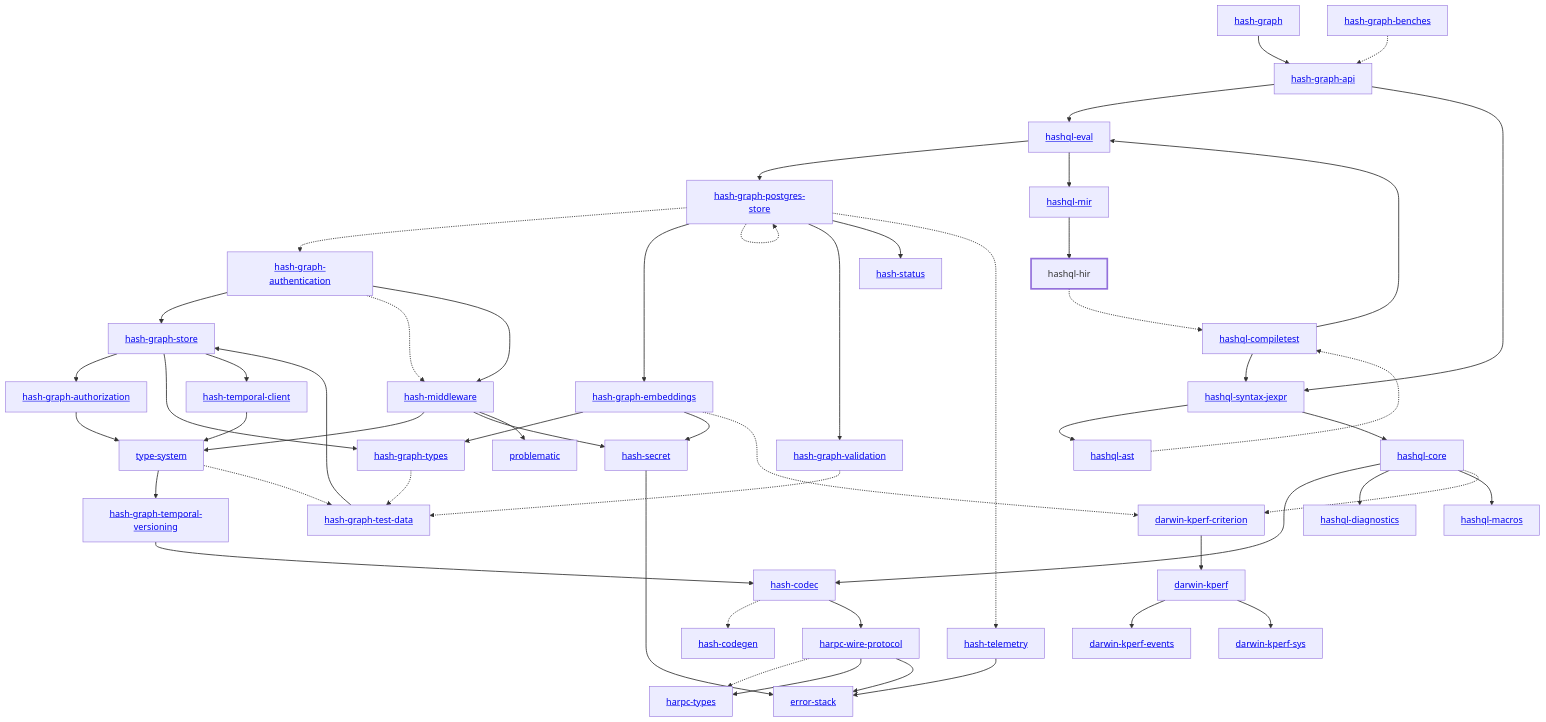
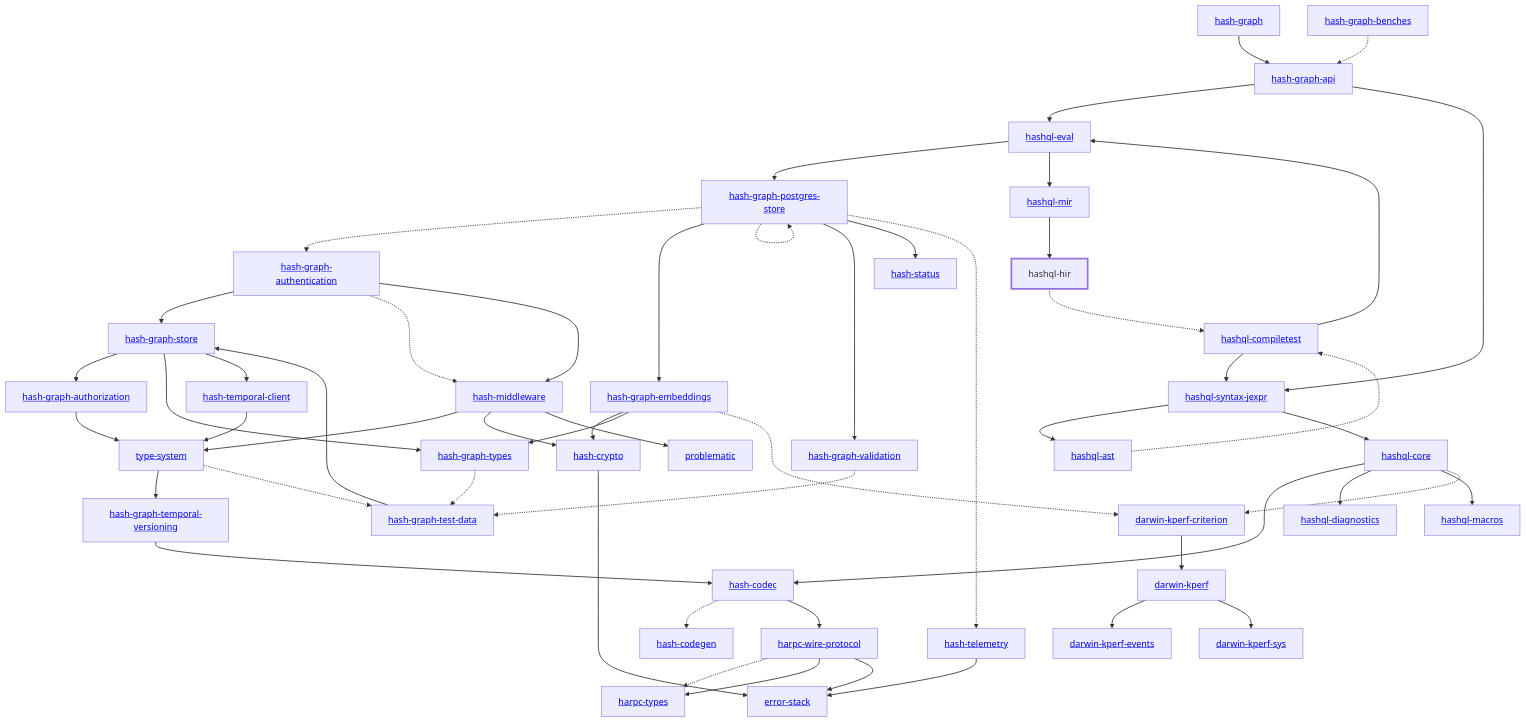
Before and after one commit to hashintel/hash: the diagram in libs/@local/hashql/hir/docs/dependency-diagram.mmd, drawn with Mermaid. The commit also changed 138 other files, not shown here.

Commit message:
Rename hash-secret to hash-crypto

```diff
--- a/libs/@local/hashql/hir/docs/dependency-diagram.mmd
+++ b/libs/@local/hashql/hir/docs/dependency-diagram.mmd
@@ -1,101 +1,101 @@
 graph TD
     linkStyle default stroke-width:1.5px
     classDef default stroke-width:1px
     classDef root stroke-width:3px
     classDef dev stroke-width:1px
     classDef build stroke-width:1px
     %% Legend
     %% --> : Normal dependency
     %% -.-> : Dev dependency
     %% ---> : Build dependency
     0[<a href="../hash_graph/index.html">hash-graph</a>]
     1[<a href="../type_system/index.html">type-system</a>]
     2[<a href="../hash_codec/index.html">hash-codec</a>]
     3[<a href="../hash_codegen/index.html">hash-codegen</a>]
-    4[<a href="../hash_graph_api/index.html">hash-graph-api</a>]
-    5[<a href="../hash_graph_authentication/index.html">hash-graph-authentication</a>]
-    6[<a href="../hash_graph_authorization/index.html">hash-graph-authorization</a>]
-    7[<a href="../hash_graph_embeddings/index.html">hash-graph-embeddings</a>]
-    8[<a href="../hash_graph_postgres_store/index.html">hash-graph-postgres-store</a>]
-    9[<a href="../hash_graph_store/index.html">hash-graph-store</a>]
-    10[<a href="../hash_graph_temporal_versioning/index.html">hash-graph-temporal-versioning</a>]
-    11[<a href="../hash_graph_types/index.html">hash-graph-types</a>]
-    12[<a href="../hash_graph_validation/index.html">hash-graph-validation</a>]
-    13[<a href="../harpc_types/index.html">harpc-types</a>]
-    14[<a href="../harpc_wire_protocol/index.html">harpc-wire-protocol</a>]
-    15[<a href="../hashql_ast/index.html">hashql-ast</a>]
-    16[<a href="../hashql_compiletest/index.html">hashql-compiletest</a>]
-    17[<a href="../hashql_core/index.html">hashql-core</a>]
-    18[<a href="../hashql_diagnostics/index.html">hashql-diagnostics</a>]
-    19[<a href="../hashql_eval/index.html">hashql-eval</a>]
-    20[hashql-hir]
-    class 20 root
-    21[<a href="../hashql_macros/index.html">hashql-macros</a>]
-    22[<a href="../hashql_mir/index.html">hashql-mir</a>]
-    23[<a href="../hashql_syntax_jexpr/index.html">hashql-syntax-jexpr</a>]
-    24[<a href="../hash_middleware/index.html">hash-middleware</a>]
-    25[<a href="../hash_secret/index.html">hash-secret</a>]
+    4[<a href="../hash_crypto/index.html">hash-crypto</a>]
+    5[<a href="../hash_graph_api/index.html">hash-graph-api</a>]
+    6[<a href="../hash_graph_authentication/index.html">hash-graph-authentication</a>]
+    7[<a href="../hash_graph_authorization/index.html">hash-graph-authorization</a>]
+    8[<a href="../hash_graph_embeddings/index.html">hash-graph-embeddings</a>]
+    9[<a href="../hash_graph_postgres_store/index.html">hash-graph-postgres-store</a>]
+    10[<a href="../hash_graph_store/index.html">hash-graph-store</a>]
+    11[<a href="../hash_graph_temporal_versioning/index.html">hash-graph-temporal-versioning</a>]
+    12[<a href="../hash_graph_types/index.html">hash-graph-types</a>]
+    13[<a href="../hash_graph_validation/index.html">hash-graph-validation</a>]
+    14[<a href="../harpc_types/index.html">harpc-types</a>]
+    15[<a href="../harpc_wire_protocol/index.html">harpc-wire-protocol</a>]
+    16[<a href="../hashql_ast/index.html">hashql-ast</a>]
+    17[<a href="../hashql_compiletest/index.html">hashql-compiletest</a>]
+    18[<a href="../hashql_core/index.html">hashql-core</a>]
+    19[<a href="../hashql_diagnostics/index.html">hashql-diagnostics</a>]
+    20[<a href="../hashql_eval/index.html">hashql-eval</a>]
+    21[hashql-hir]
+    class 21 root
+    22[<a href="../hashql_macros/index.html">hashql-macros</a>]
+    23[<a href="../hashql_mir/index.html">hashql-mir</a>]
+    24[<a href="../hashql_syntax_jexpr/index.html">hashql-syntax-jexpr</a>]
+    25[<a href="../hash_middleware/index.html">hash-middleware</a>]
     26[<a href="../hash_status/index.html">hash-status</a>]
     27[<a href="../hash_telemetry/index.html">hash-telemetry</a>]
     28[<a href="../hash_temporal_client/index.html">hash-temporal-client</a>]
     29[<a href="../darwin_kperf/index.html">darwin-kperf</a>]
     30[<a href="../darwin_kperf_criterion/index.html">darwin-kperf-criterion</a>]
     31[<a href="../darwin_kperf_events/index.html">darwin-kperf-events</a>]
     32[<a href="../darwin_kperf_sys/index.html">darwin-kperf-sys</a>]
     33[<a href="../error_stack/index.html">error-stack</a>]
     34[<a href="../problematic/index.html">problematic</a>]
     35[<a href="../hash_graph_benches/index.html">hash-graph-benches</a>]
     36[<a href="../hash_graph_test_data/index.html">hash-graph-test-data</a>]
-    0 --> 4
-    1 --> 10
+    0 --> 5
+    1 --> 11
     1 -.-> 36
     2 -.-> 3
-    2 --> 14
-    4 --> 19
-    4 --> 23
-    5 --> 9
-    5 -.-> 24
+    2 --> 15
+    4 --> 33
+    5 --> 20
     5 --> 24
-    6 --> 1
-    7 --> 11
-    7 --> 25
-    7 -.-> 30
-    8 -.-> 5
-    8 --> 7
-    8 -.-> 8
+    6 --> 10
+    6 -.-> 25
+    6 --> 25
+    7 --> 1
+    8 --> 4
     8 --> 12
-    8 --> 26
-    8 -.-> 27
-    9 --> 6
-    9 --> 11
-    9 --> 28
-    10 --> 2
-    11 -.-> 36
+    8 -.-> 30
+    9 -.-> 6
+    9 --> 8
+    9 -.-> 9
+    9 --> 13
+    9 --> 26
+    9 -.-> 27
+    10 --> 7
+    10 --> 12
+    10 --> 28
+    11 --> 2
     12 -.-> 36
-    14 -.-> 13
-    14 --> 13
-    14 --> 33
-    15 -.-> 16
-    16 --> 19
-    16 --> 23
-    17 --> 2
-    17 --> 18
-    17 --> 21
-    17 -.-> 30
-    19 --> 8
-    19 --> 22
-    20 -.-> 16
-    22 --> 20
-    23 --> 15
-    23 --> 17
-    24 --> 1
-    24 --> 25
-    24 --> 34
-    25 --> 33
+    13 -.-> 36
+    15 -.-> 14
+    15 --> 14
+    15 --> 33
+    16 -.-> 17
+    17 --> 20
+    17 --> 24
+    18 --> 2
+    18 --> 19
+    18 --> 22
+    18 -.-> 30
+    20 --> 9
+    20 --> 23
+    21 -.-> 17
+    23 --> 21
+    24 --> 16
+    24 --> 18
+    25 --> 1
+    25 --> 4
+    25 --> 34
     27 --> 33
     28 --> 1
     29 --> 31
     29 --> 32
     30 --> 29
-    35 -.-> 4
-    36 --> 9
+    35 -.-> 5
+    36 --> 10
```
